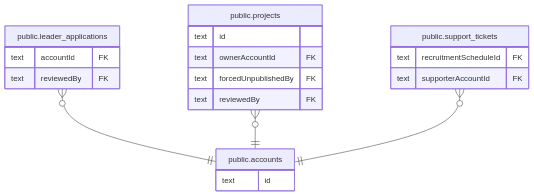
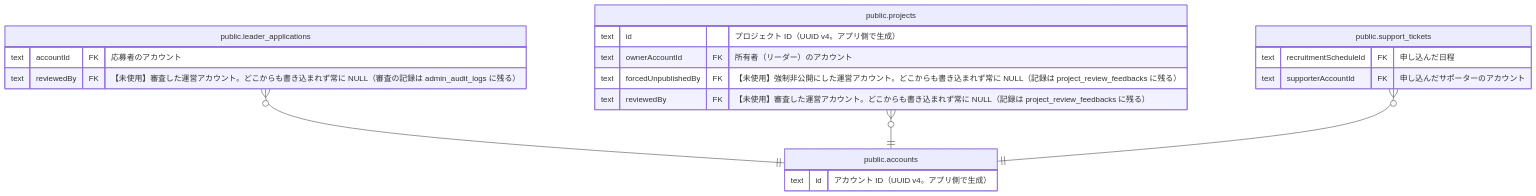
One commit to Physicalfunding/PhysiFun changed the diagram in docs/db/public.accounts.md. Above: the diagram before and after it, drawn with Mermaid. The commit also changed other lines of this file and 23 other files, not shown here.

````diff
--- a/docs/db/public.accounts.md
+++ b/docs/db/public.accounts.md
@@ -49,25 +53,25 @@
 ```mermaid
 erDiagram
 
 "public.leader_applications" }o--|| "public.accounts" : ""
 "public.projects" }o--|| "public.accounts" : ""
 "public.support_tickets" }o--|| "public.accounts" : ""
 
 "public.accounts" {
-  text id ""
+  text id "アカウント ID（UUID v4。アプリ側で生成）"
 }
 "public.leader_applications" {
-  text accountId FK ""
-  text reviewedBy FK ""
+  text accountId FK "応募者のアカウント"
+  text reviewedBy FK "【未使用】審査した運営アカウント。どこからも書き込まれず常に NULL（審査の記録は admin_audit_logs に残る）"
 }
 "public.projects" {
-  text id ""
-  text ownerAccountId FK ""
-  text forcedUnpublishedBy FK ""
-  text reviewedBy FK ""
+  text id "プロジェクト ID（UUID v4。アプリ側で生成）"
+  text ownerAccountId FK "所有者（リーダー）のアカウント"
+  text forcedUnpublishedBy FK "【未使用】強制非公開にした運営アカウント。どこからも書き込まれず常に NULL（記録は project_review_feedbacks に残る）"
+  text reviewedBy FK "【未使用】審査した運営アカウント。どこからも書き込まれず常に NULL（記録は project_review_feedbacks に残る）"
 }
 "public.support_tickets" {
-  text recruitmentScheduleId FK ""
-  text supporterAccountId FK ""
+  text recruitmentScheduleId FK "申し込んだ日程"
+  text supporterAccountId FK "申し込んだサポーターのアカウント"
 }
 ```
````
